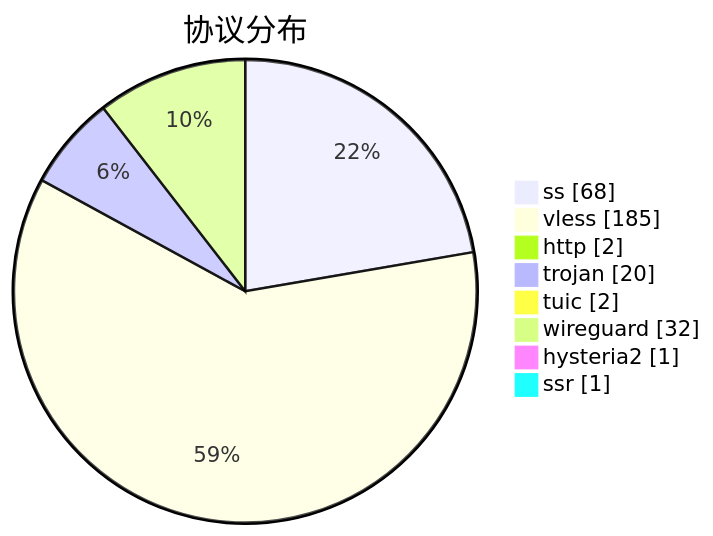
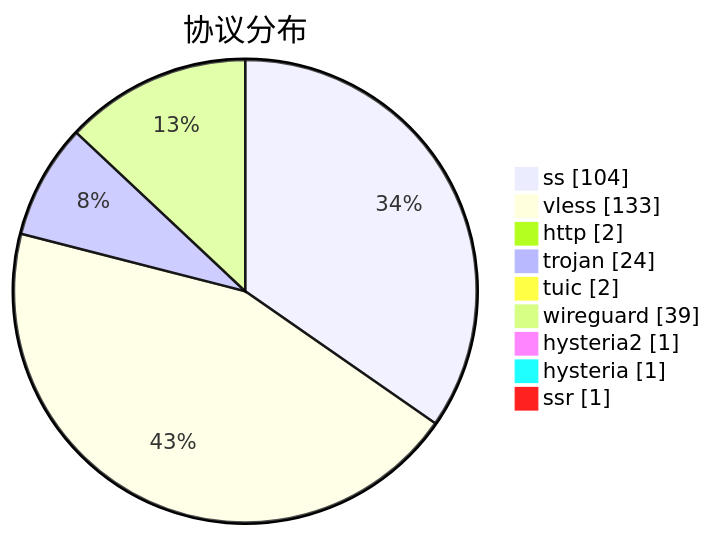
The third of 3 diagrams in subs/statistics/tested_within.md (qjlxg/airport), drawn with Mermaid before and after one commit. The commit also changed other lines of this file and 2 other files, not shown here.

````diff
--- a/subs/statistics/tested_within.md
+++ b/subs/statistics/tested_within.md
@@ -33,12 +30,13 @@
 ```mermaid
 pie showData
 title 协议分布
-"ss" : 68
-"vless" : 185
+"ss" : 104
+"vless" : 133
 "http" : 2
-"trojan" : 20
+"trojan" : 24
 "tuic" : 2
-"wireguard" : 32
+"wireguard" : 39
 "hysteria2" : 1
+"hysteria" : 1
 "ssr" : 1
 ```
````
